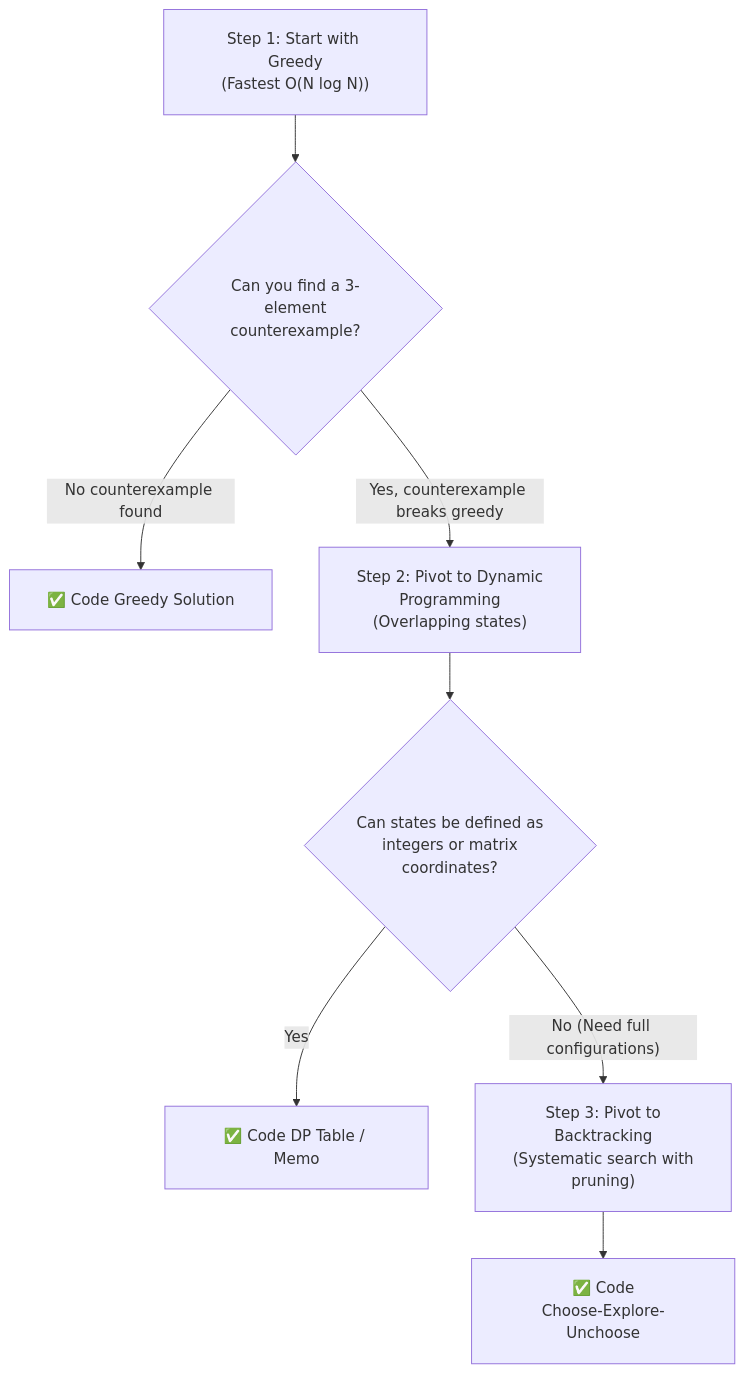
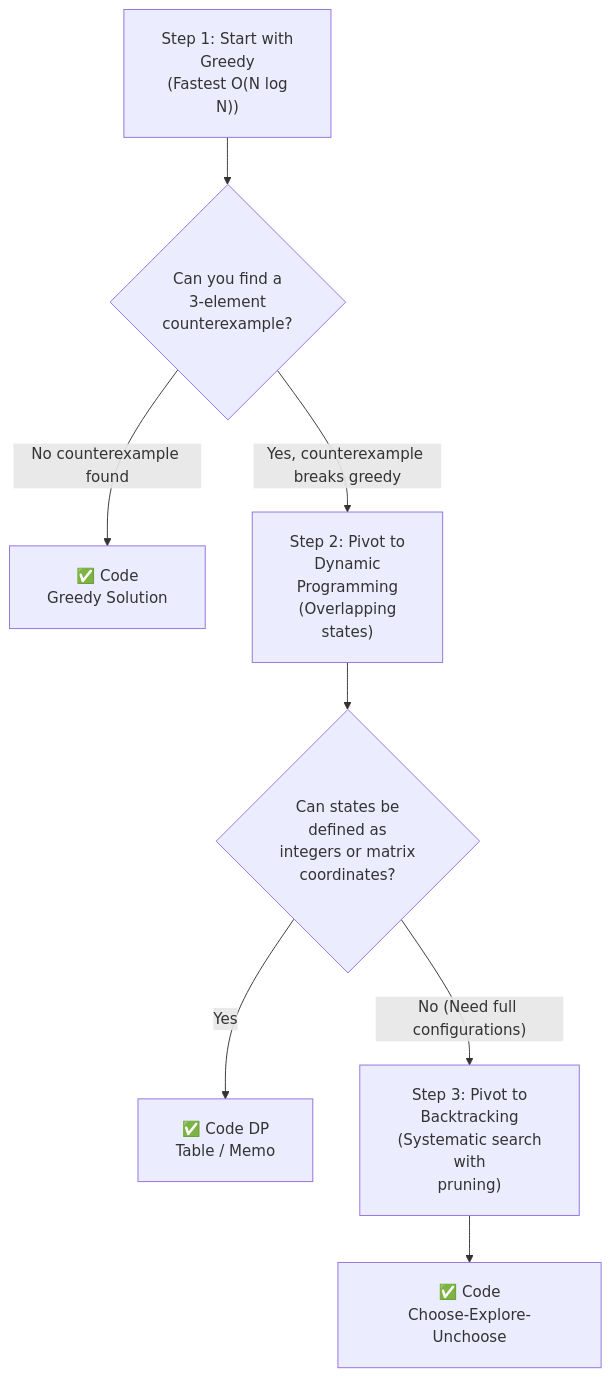
The diagram in Paradigms/06_Paradigm_Decision_Framework.md (dip4k/DSA_102), drawn with Mermaid before and after one commit. The commit also changed 106 other files, not shown here.

First line of the commit message:
fix(mermaid): prevent text clipping with foreignObject overflow and tighter line wrapping

````diff
--- a/Paradigms/06_Paradigm_Decision_Framework.md
+++ b/Paradigms/06_Paradigm_Decision_Framework.md
@@ -78,13 +78,13 @@
 ```mermaid
-%%{init: {"flowchart": {"htmlLabels": true, "padding": 20}}}%%
+%%{init: {"flowchart": {"htmlLabels": true, "padding": 20}, "themeCSS": "foreignObject { overflow: visible !important; }"}}%%
 flowchart TD
-    TryGreedy["Step 1: Start with Greedy<br/>(Fastest O(N log N))"] --> CheckFail{"Can you find a 3-element<br/>counterexample?"}
-    CheckFail -->|"No counterexample found"| LockGreedy["✅ Code Greedy Solution"]
-    CheckFail -->|"Yes, counterexample breaks greedy"| TryDP["Step 2: Pivot to Dynamic<br/>Programming<br/>(Overlapping states)"]
+    TryGreedy["Step 1: Start with<br/>Greedy<br/>(Fastest O(N log<br/>N))"] --> CheckFail{"Can you find a<br/>3-element<br/>counterexample?"}
+    CheckFail -->|"No counterexample found"| LockGreedy["✅ Code<br/>Greedy Solution"]
+    CheckFail -->|"Yes, counterexample breaks greedy"| TryDP["Step 2: Pivot to<br/>Dynamic<br/>Programming<br/>(Overlapping<br/>states)"]
     
-    TryDP --> CheckOverlap{"Can states be defined as<br/>integers or matrix<br/>coordinates?"}
-    CheckOverlap -->|"Yes"| LockDP["✅ Code DP Table / Memo"]
-    CheckOverlap -->|"No (Need full configurations)"| TryBT["Step 3: Pivot to<br/>Backtracking<br/>(Systematic search with<br/>pruning)"]
+    TryDP --> CheckOverlap{"Can states be<br/>defined as<br/>integers or matrix<br/>coordinates?"}
+    CheckOverlap -->|"Yes"| LockDP["✅ Code DP<br/>Table / Memo"]
+    CheckOverlap -->|"No (Need full configurations)"| TryBT["Step 3: Pivot to<br/>Backtracking<br/>(Systematic search<br/>with<br/>pruning)"]
     
     TryBT --> LockBT["✅ Code<br/>Choose-Explore-Unchoose"]
 ```
````
